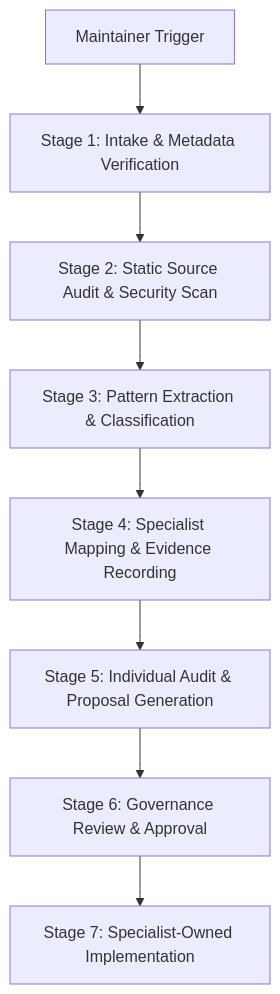
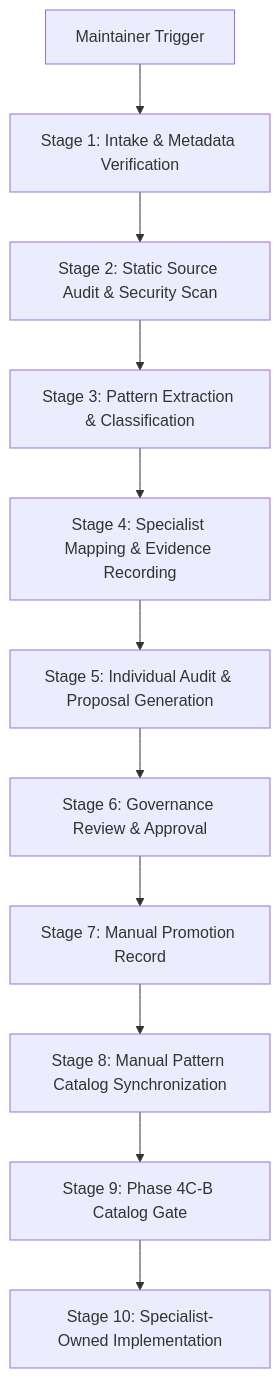
One commit to Baelfyre/Orchestra changed the diagram in docs/internal/ARTIFICER_WORKFLOW.md. Above: the diagram before and after it, drawn with Mermaid. The commit also changed other lines of this file and 13 other files, not shown here.

Commit message:
feat(artificer): add Pattern Catalog governance gate

````diff
--- a/docs/internal/ARTIFICER_WORKFLOW.md
+++ b/docs/internal/ARTIFICER_WORKFLOW.md
@@ -9,10 +9,13 @@
 ```mermaid
 graph TD
     A[Maintainer Trigger] --> B[Stage 1: Intake & Metadata Verification]
     B --> C[Stage 2: Static Source Audit & Security Scan]
     C --> D[Stage 3: Pattern Extraction & Classification]
     D --> E[Stage 4: Specialist Mapping & Evidence Recording]
     E --> F[Stage 5: Individual Audit & Proposal Generation]
     F --> G[Stage 6: Governance Review & Approval]
-    G --> H[Stage 7: Specialist-Owned Implementation]
+    G --> H[Stage 7: Manual Promotion Record]
+    H --> I[Stage 8: Manual Pattern Catalog Synchronization]
+    I --> J[Stage 9: Phase 4C-B Catalog Gate]
+    J --> K[Stage 10: Specialist-Owned Implementation]
 ```
````
